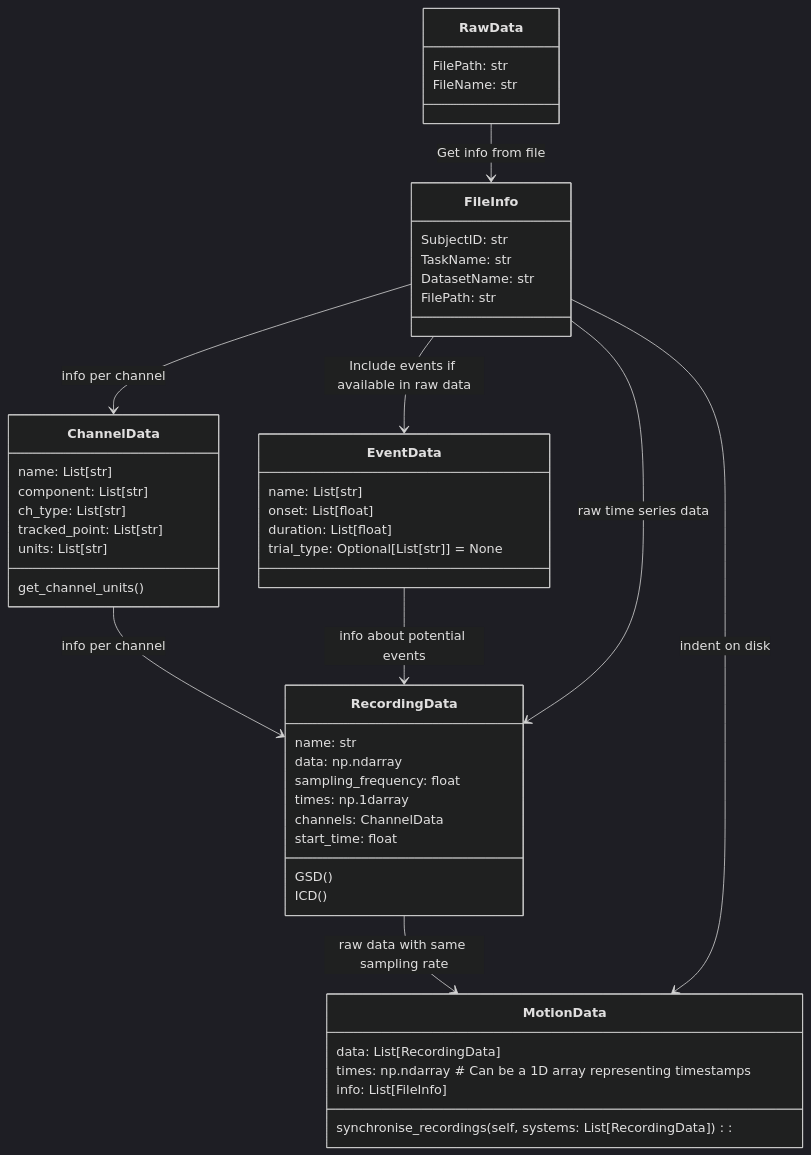
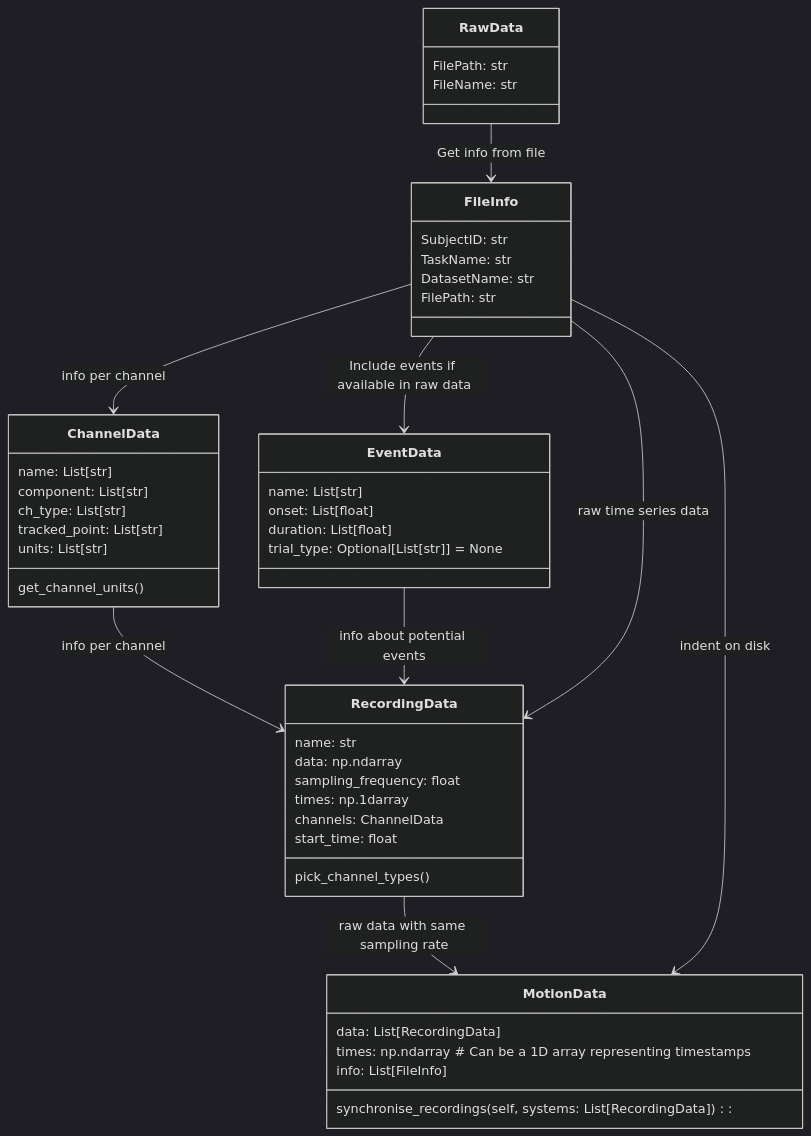
One commit to neurogeriatricskiel/KielMAT changed the diagram in README.md. Above: the diagram before and after it, drawn with Mermaid (dark theme). The commit also changed 1 other file, not shown here.

````diff
--- a/README.md
+++ b/README.md
@@ -20,57 +20,56 @@
 ```mermaid
 classDiagram
     class RawData {
         FilePath: str
         FileName: str
     }
 
     class FileInfo {
         SubjectID: str
         TaskName: str
         DatasetName: str
         FilePath: str
     }
 
     class ChannelData {
         name: List[str]
         component: List[str]
         ch_type: List[str]
         tracked_point: List[str]
         units: List[str]
         get_channel_units()
     }
 
     class EventData {
         name: List[str]
         onset: List[float]
         duration: List[float]
         trial_type: Optional[List[str]] = None
     }
 
     class RecordingData {
         name: str
         data: np.ndarray
         sampling_frequency: float
         times: np.1darray
         channels: ChannelData
         start_time: float
-        GSD()
-        ICD()
+        pick_channel_types()
     }
 
     class MotionData {
         data: List[RecordingData]
         times: np.ndarray  # Can be a 1D array representing timestamps
         info: List[FileInfo]
         synchronise_recordings(self, systems: List[RecordingData]):
     }
 
     RecordingData --> MotionData: raw data with same sampling rate
     ChannelData --> RecordingData: info per channel
     EventData --> RecordingData: info about potential events
     FileInfo --> MotionData: indent on disk
     FileInfo --> ChannelData: info per channel 
     FileInfo --> RecordingData: raw time series data
     FileInfo --> EventData: Include events if available in raw data
     RawData --> FileInfo: Get info from file
 ```
````
